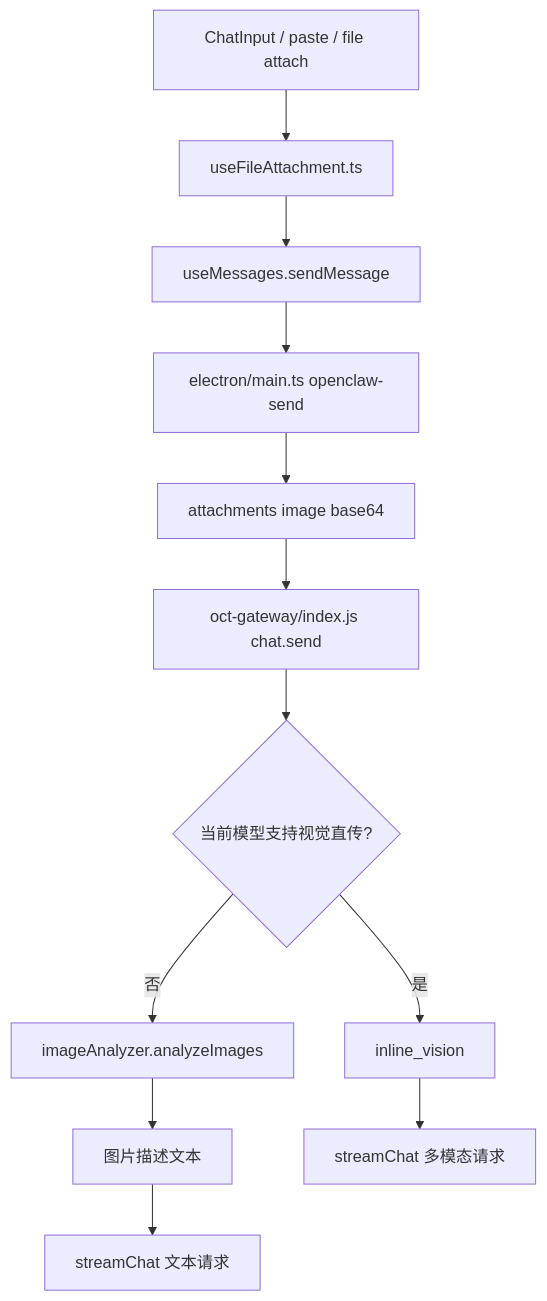
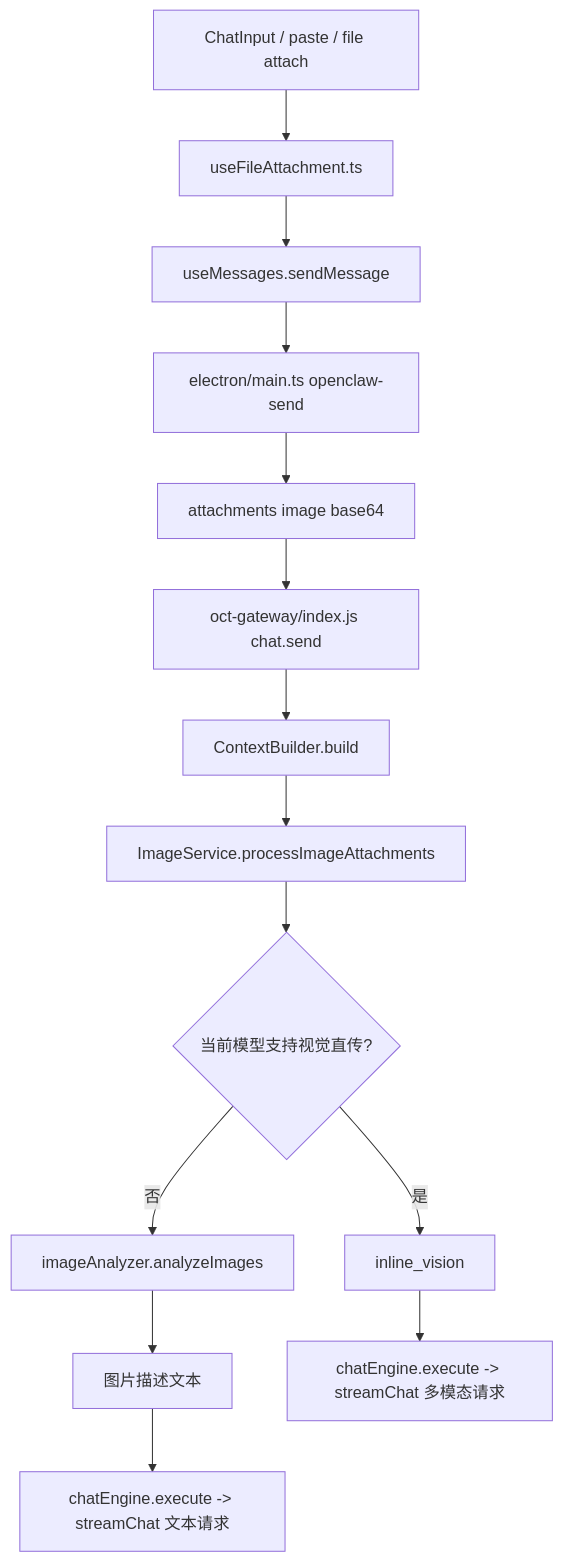
One commit to zl585451/openclaw-terminal changed the diagram in docs/00_ai_entry/image-flow-entry.md. Above: the diagram before and after it, drawn with Mermaid. The commit also changed other lines of this file, not shown here.

First line of the commit message:
docs(entry): image-flow-entry 对齐当前图片服务层链路

````diff
--- a/docs/00_ai_entry/image-flow-entry.md
+++ b/docs/00_ai_entry/image-flow-entry.md
@@ -20,14 +20,16 @@
 ```mermaid
 flowchart TD
   A[ChatInput / paste / file attach] --> B[useFileAttachment.ts]
   B --> C[useMessages.sendMessage]
   C --> D[electron/main.ts openclaw-send]
   D --> E[attachments image base64]
   E --> F[oct-gateway/index.js chat.send]
-  F --> G{当前模型支持视觉直传?}
-  G -->|是| H[inline_vision]
-  G -->|否| I[imageAnalyzer.analyzeImages]
-  I --> J[图片描述文本]
-  H --> K[streamChat 多模态请求]
-  J --> L[streamChat 文本请求]
+  F --> G[ContextBuilder.build]
+  G --> H[ImageService.processImageAttachments]
+  H --> I{当前模型支持视觉直传?}
+  I -->|是| J[inline_vision]
+  I -->|否| K[imageAnalyzer.analyzeImages]
+  K --> L[图片描述文本]
+  J --> M[chatEngine.execute -> streamChat 多模态请求]
+  L --> N[chatEngine.execute -> streamChat 文本请求]
 ```
````
